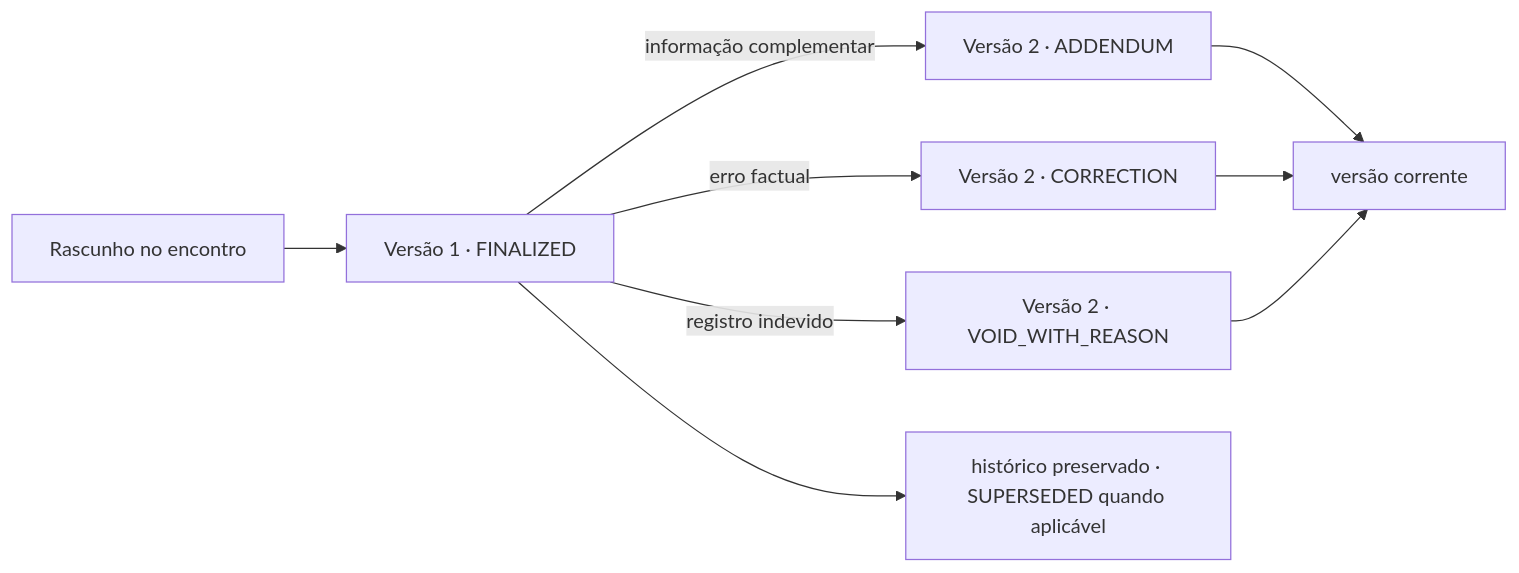
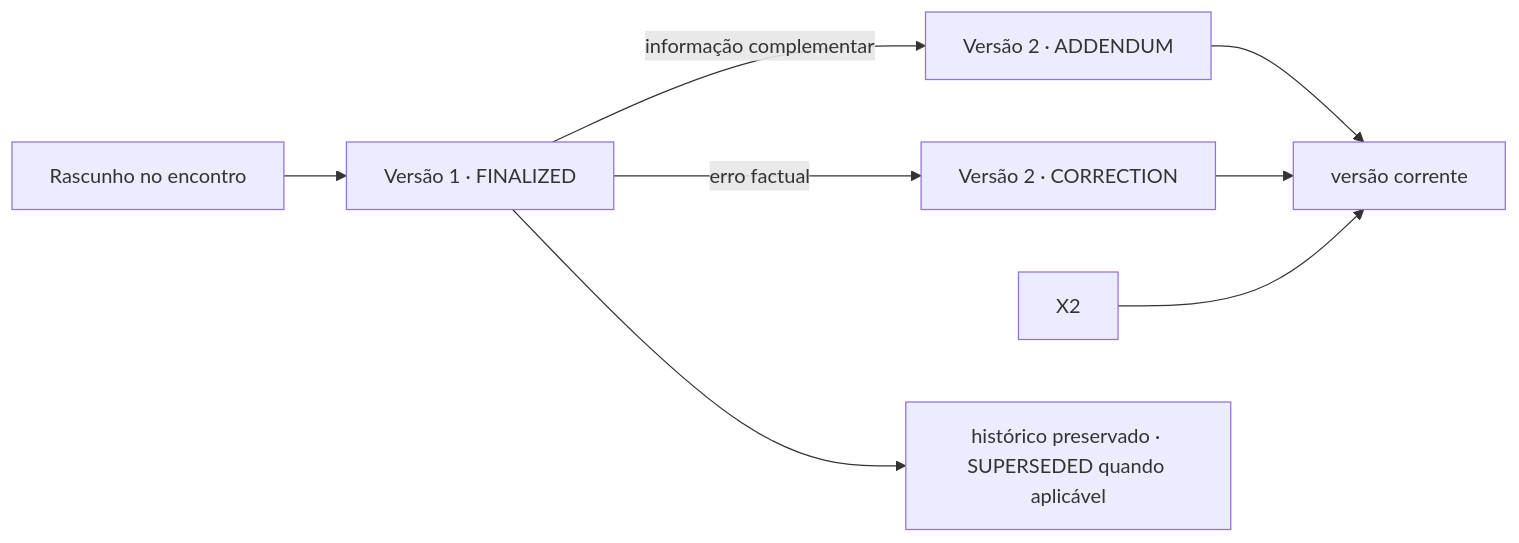
The second of 3 diagrams in hack/domains/ANALYST-avaliacao-pendencias-e-handoff.md (nmarcofernandess/antessala), drawn with Mermaid before and after one commit. The commit also changed other lines of this file and 20 other files, not shown here.

````diff
--- a/hack/domains/ANALYST-avaliacao-pendencias-e-handoff.md
+++ b/hack/domains/ANALYST-avaliacao-pendencias-e-handoff.md
@@ -246,11 +245,10 @@
 ```mermaid
 flowchart LR
   D["Rascunho no encontro"] --> V1["Versão 1 · FINALIZED"]
   V1 -->|"informação complementar"| A2["Versão 2 · ADDENDUM"]
   V1 -->|"erro factual"| C2["Versão 2 · CORRECTION"]
-  V1 -->|"registro indevido"| X2["Versão 2 · VOID_WITH_REASON"]
   A2 --> CURRENT["versão corrente"]
   C2 --> CURRENT
   X2 --> CURRENT
   V1 --> HISTORY["histórico preservado · SUPERSEDED quando aplicável"]
 ```
````
